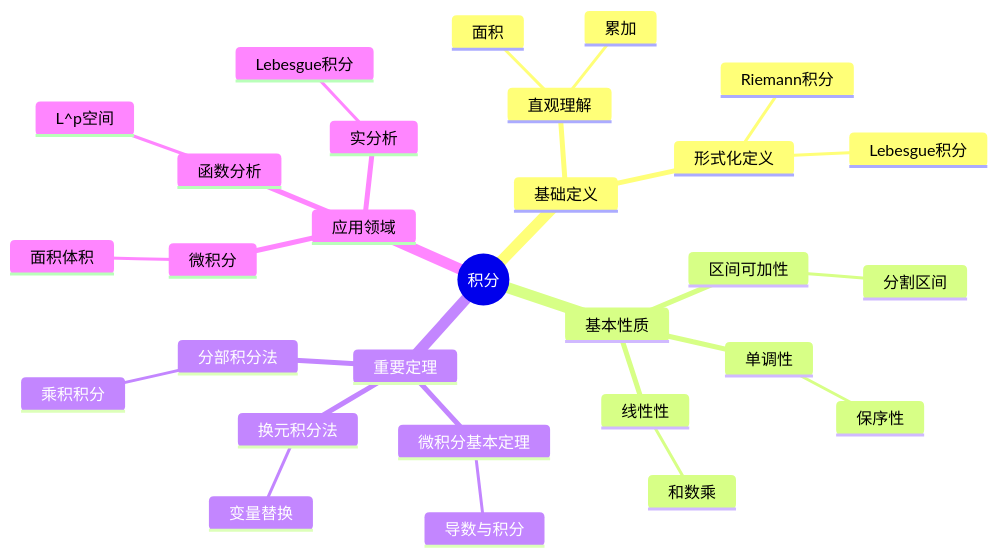
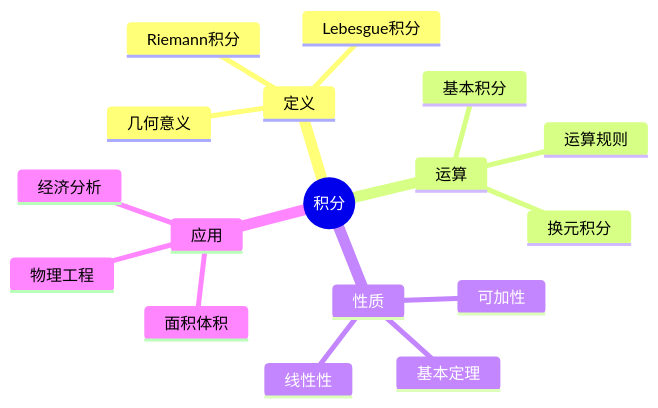
Before and after one commit to AdaMartin18010/FormalMath: the first of 10 diagrams in concept/核心概念/16-积分.md, drawn with Mermaid. The commit also changed other lines of this file and 4793 other files, not shown here.

````diff
--- a/concept/核心概念/16-积分.md
+++ b/concept/核心概念/16-积分.md
@@ -467,32 +1196,20 @@
 ```mermaid
 mindmap
   root((积分))
-    基础定义
-      直观理解
-        面积
-        累加
-      形式化定义
-        Riemann积分
-        Lebesgue积分
-    基本性质
+    定义
+      Riemann积分
+      Lebesgue积分
+      几何意义
+    运算
+      基本积分
+      运算规则
+      换元积分
+    性质
       线性性
-        和数乘
-      区间可加性
-        分割区间
-      单调性
-        保序性
-    重要定理
-      微积分基本定理
-        导数与积分
-      换元积分法
-        变量替换
-      分部积分法
-        乘积积分
-    应用领域
-      微积分
-        面积体积
-      实分析
-        Lebesgue积分
-      函数分析
-        L^p空间
+      可加性
+      基本定理
+    应用
+      面积体积
+      物理工程
+      经济分析
 ```
````
